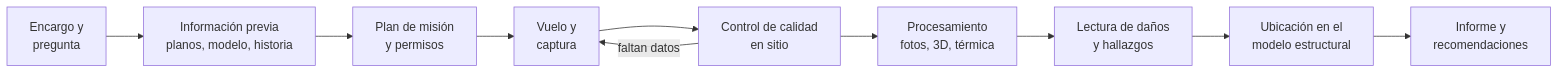
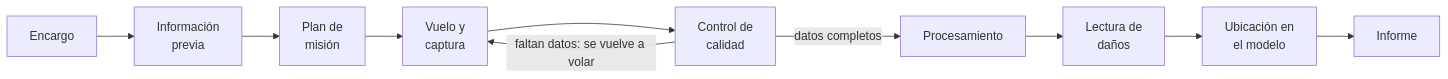
Before and after one commit to Don-Benito/Tav0t: the diagram in docs/curso_inspeccion_drones/01_fundamentos_inspeccion.md, drawn with Mermaid. The commit also changed other lines of this file and 22 other files, not shown here.

````diff
--- a/docs/curso_inspeccion_drones/01_fundamentos_inspeccion.md
+++ b/docs/curso_inspeccion_drones/01_fundamentos_inspeccion.md
@@ -79,12 +54,12 @@
 ```mermaid
 flowchart LR
-    A[Encargo y<br/>pregunta] --> B[Información previa<br/>planos, modelo, historia]
-    B --> C[Plan de misión<br/>y permisos]
+    A[Encargo] --> B[Información<br/>previa]
+    B --> C[Plan de<br/>misión]
     C --> D[Vuelo y<br/>captura]
-    D --> E[Control de calidad<br/>en sitio]
-    E -->|faltan datos| D
-    E --> F[Procesamiento<br/>fotos, 3D, térmica]
-    F --> G[Lectura de daños<br/>y hallazgos]
-    G --> H[Ubicación en el<br/>modelo estructural]
-    H --> I[Informe y<br/>recomendaciones]
+    D --> E[Control de<br/>calidad]
+    E -->|faltan datos: se vuelve a volar| D
+    E -->|datos completos| F[Procesamiento]
+    F --> G[Lectura de<br/>daños]
+    G --> H[Ubicación en<br/>el modelo]
+    H --> I[Informe]
 ```
````
